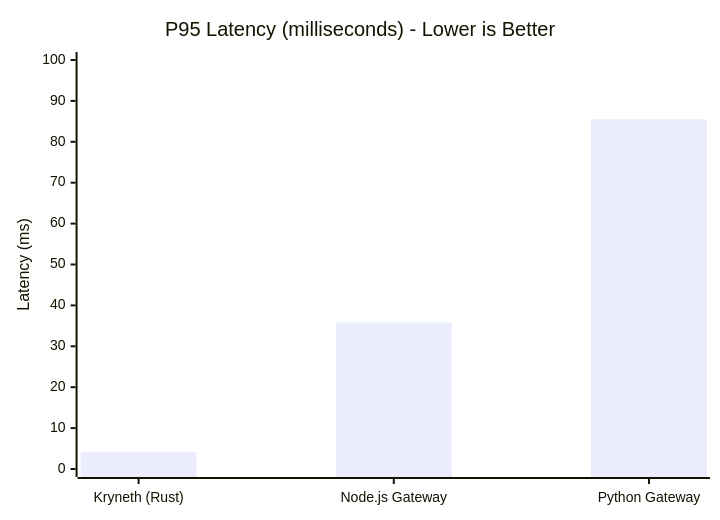
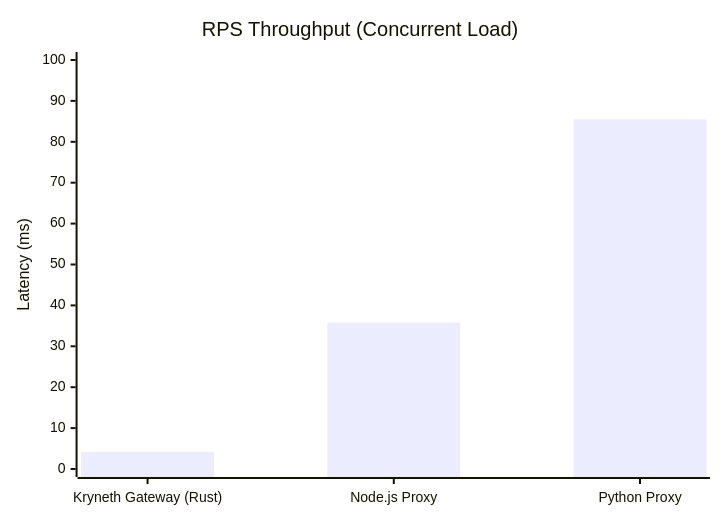
The diagram in BENCHMARKS.md (kryneth-admin/kryneth-oss), drawn with Mermaid before and after one commit. The commit also changed other lines of this file and 4 other files, not shown here.

````diff
--- a/BENCHMARKS.md
+++ b/BENCHMARKS.md
@@ -18,7 +10,8 @@
 ```mermaid
 xychart-beta
-    title "P95 Latency (milliseconds) - Lower is Better"
-    x-axis ["Kryneth (Rust)", "Node.js Gateway", "Python Gateway"]
+    title "RPS Throughput (Concurrent Load)"
+    x-axis ["Kryneth Gateway (Rust)", "Node.js Proxy", "Python Proxy"]
     y-axis "Latency (ms)" 0 --> 100
     bar [4.2, 35.8, 85.5]
+    line [16075, 8500, 4200]
 ```
````
